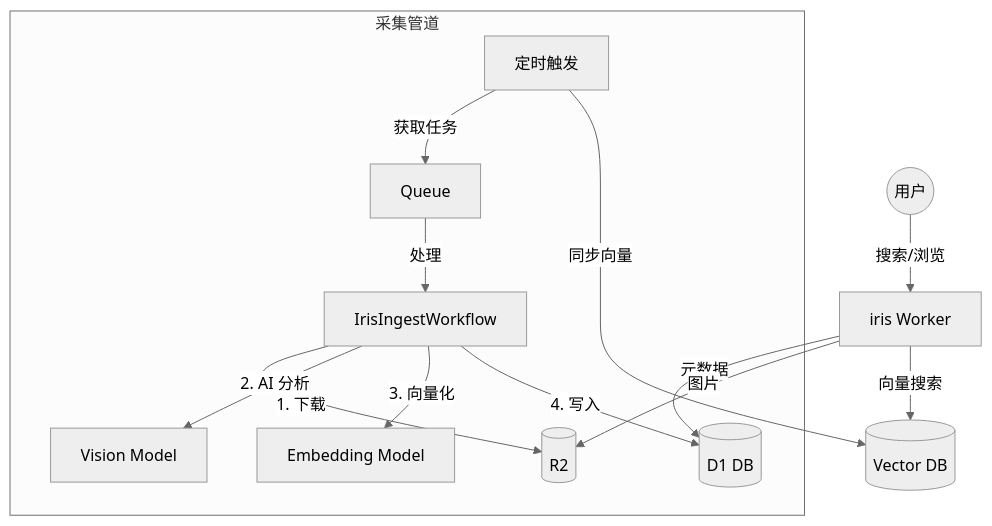
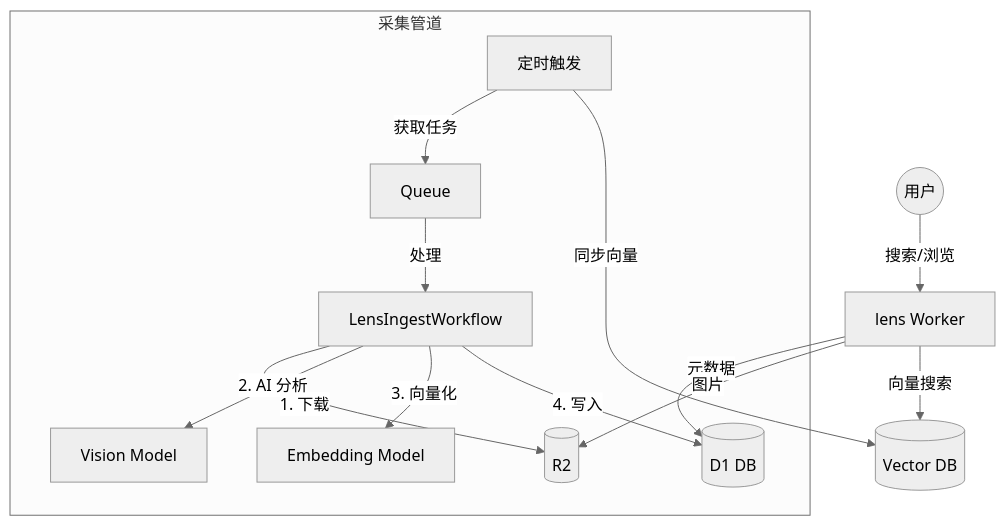
One commit to 7893/lens changed the diagram in docs/architecture/DESIGN.md. Above: the diagram before and after it, drawn with Mermaid (neutral theme). The commit also changed other lines of this file and 20 other files, not shown here.

Commit message:
feat: rename project from iris to lens

````diff
--- a/docs/architecture/DESIGN.md
+++ b/docs/architecture/DESIGN.md
@@ -7,18 +7,18 @@
 ```mermaid
 graph TD
-    User((用户)) -->|搜索/浏览| Worker[iris Worker]
+    User((用户)) -->|搜索/浏览| Worker[lens Worker]
     Worker -->|向量搜索| Vectorize[(Vector DB)]
     Worker -->|元数据| D1[(D1 DB)]
     Worker -->|图片| R2[(R2)]
     
     subgraph 采集管道
         Cron[定时触发] -->|获取任务| Queue[Queue]
-        Queue -->|处理| Workflow[IrisIngestWorkflow]
+        Queue -->|处理| Workflow[LensIngestWorkflow]
         Workflow -->|1. 下载| R2
         Workflow -->|2. AI 分析| AI_Vision[Vision Model]
         Workflow -->|3. 向量化| AI_Embed[Embedding Model]
         Workflow -->|4. 写入| D1
     end
     
     Cron -->|同步向量| Vectorize
 ```
````
